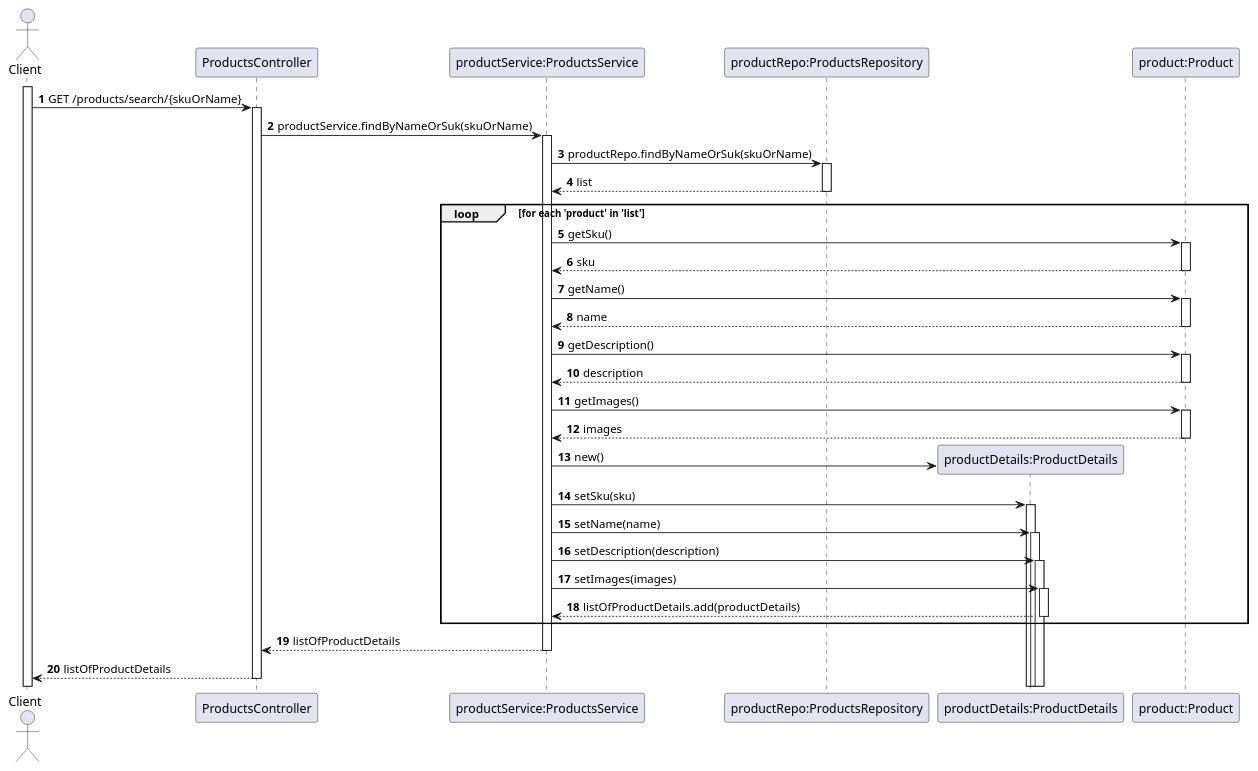
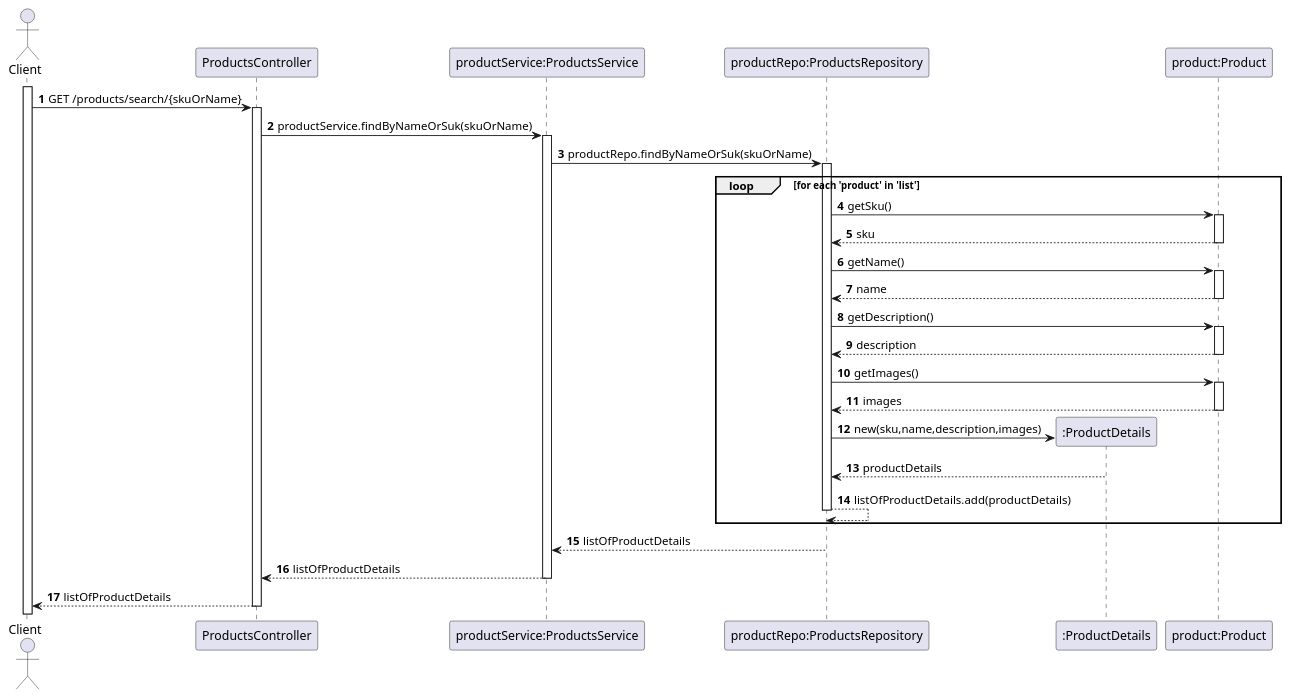
Before and after one commit to TiagoNora/SIDIS-Docs: the diagram in Docs/US03-SD.puml, drawn with PlantUML.

Commit message:
Alterar US03

```diff
--- a/Docs/US03-SD.puml
+++ b/Docs/US03-SD.puml
@@ -1,41 +1,39 @@
 @startuml
 'https://plantuml.com/sequence-diagram
 
 
 autoactivate on
 autonumber
 
 actor "Client" as client
 participant "ProductsController" as controller
 participant "productService:ProductsService" as service
 participant "productRepo:ProductsRepository" as repository
-participant "productDetails:ProductDetails" as details
+participant ":ProductDetails" as details
 participant "product:Product" as product
 
 activate client
 
 client -> controller: GET /products/search/{skuOrName}
 controller -> service : productService.findByNameOrSuk(skuOrName)
 service -> repository: productRepo.findByNameOrSuk(skuOrName)
-repository --> service: list
+
 loop for each 'product' in 'list'
-    service -> product: getSku()
-    product --> service: sku
-    service -> product: getName()
-    product --> service: name
-    service -> product: getDescription()
-    product --> service: description
-    service -> product: getImages()
-    product --> service: images
-    service -> details**: new()
-    service -> details: setSku(sku)
-    service -> details: setName(name)
-    service -> details: setDescription(description)
-    service -> details: setImages(images)
-    details --> service: listOfProductDetails.add(productDetails)
+    repository -> product: getSku()
+    product --> repository: sku
+    repository -> product: getName()
+    product --> repository: name
+    repository -> product: getDescription()
+    product --> repository: description
+    repository -> product: getImages()
+    product --> repository: images
+    repository -> details**: new(sku,name,description,images)
+    details --> repository: productDetails
+    repository --> repository: listOfProductDetails.add(productDetails)
 end loop
+repository --> service: listOfProductDetails
 service --> controller: listOfProductDetails
 controller --> client: listOfProductDetails
 
 
 @enduml
```
